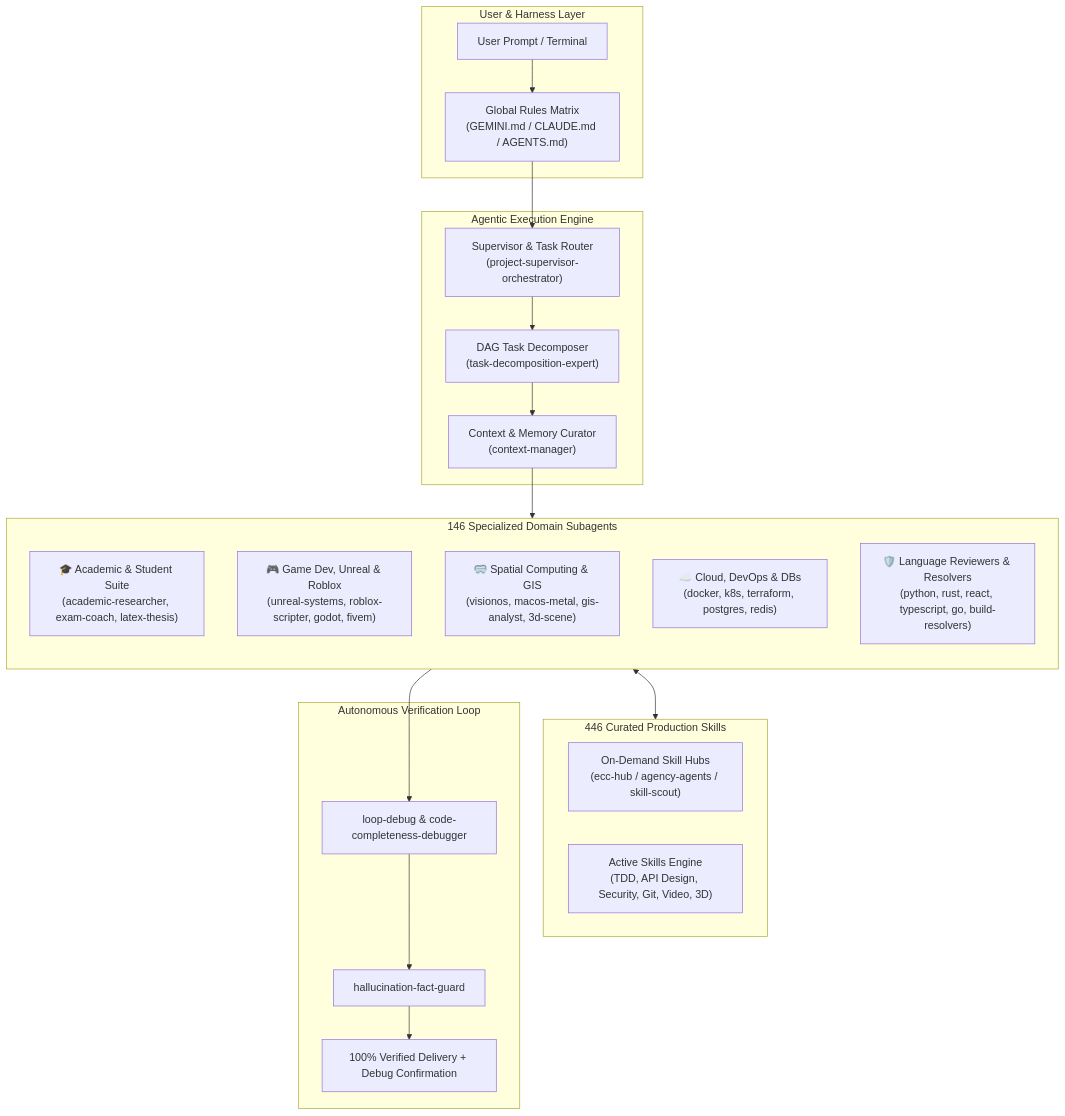
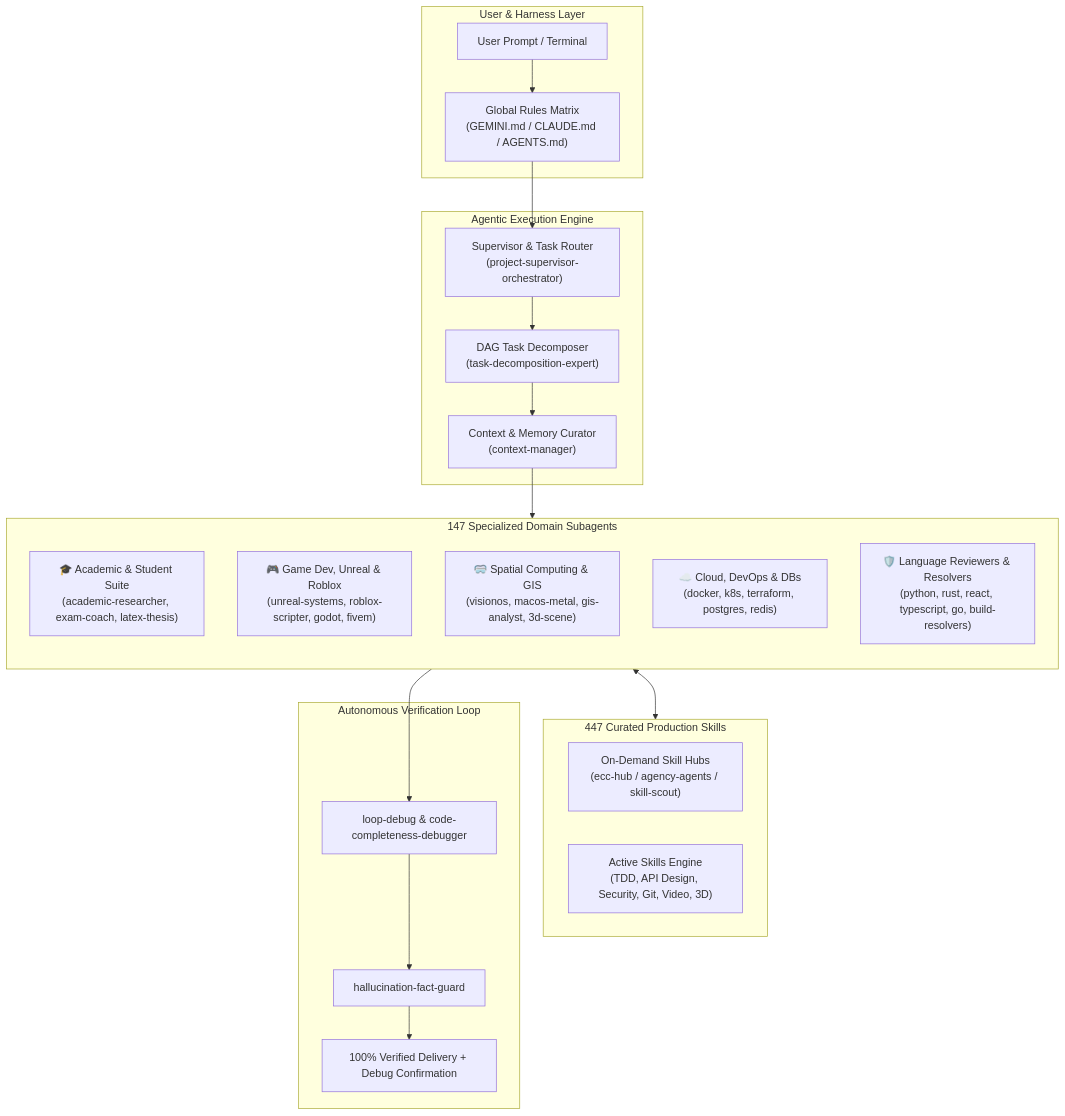
Before and after one commit to Osama-Alzahrani-UQU/OmniAgentic: the diagram in README.md, drawn with Mermaid. The commit also changed other lines of this file and 6 other files, not shown here.

Commit message:
feat: integrate OmniRoute AI gateway & traffic architect (447 skills, 147 agents)

````diff
--- a/README.md
+++ b/README.md
@@ -113,50 +121,50 @@
 ```mermaid
 flowchart TD
     subgraph UserInterface["User & Harness Layer"]
         CLI["User Prompt / Terminal"]
         Rules["Global Rules Matrix
 (GEMINI.md / CLAUDE.md / AGENTS.md)"]
     end
 
     subgraph CoreEngine["Agentic Execution Engine"]
         Supervisor["Supervisor & Task Router
 (project-supervisor-orchestrator)"]
         Decomposer["DAG Task Decomposer
 (task-decomposition-expert)"]
         ContextMgr["Context & Memory Curator
 (context-manager)"]
     end
 
-    subgraph AgentFleet["146 Specialized Domain Subagents"]
+    subgraph AgentFleet["147 Specialized Domain Subagents"]
         direction TB
         Academic["🎓 Academic & Student Suite
 (academic-researcher, exam-coach, latex-thesis)"]
         GameDev["🎮 Game Dev, Unreal & Roblox
 (unreal-systems, roblox-scripter, godot, fivem)"]
         Spatial["🥽 Spatial Computing & GIS
 (visionos, macos-metal, gis-analyst, 3d-scene)"]
         CloudDB["☁️ Cloud, DevOps & DBs
 (docker, k8s, terraform, postgres, redis)"]
         CodeReview["🛡️ Language Reviewers & Resolvers
 (python, rust, react, typescript, go, build-resolvers)"]
     end
 
-    subgraph SkillsMatrix["446 Curated Production Skills"]
+    subgraph SkillsMatrix["447 Curated Production Skills"]
         SkillsHub["On-Demand Skill Hubs
 (ecc-hub / agency-agents / skill-scout)"]
         ActiveSkills["Active Skills Engine
 (TDD, API Design, Security, Git, Video, 3D)"]
     end
 
     subgraph QualityGate["Autonomous Verification Loop"]
         Verifier["loop-debug & code-completeness-debugger"]
         FactGuard["hallucination-fact-guard"]
         Delivery["100% Verified Delivery + Debug Confirmation"]
     end
 
     CLI --> Rules --> Supervisor
     Supervisor --> Decomposer --> ContextMgr
     ContextMgr --> AgentFleet
     AgentFleet <--> SkillsMatrix
     AgentFleet --> Verifier --> FactGuard --> Delivery
 ```
````
